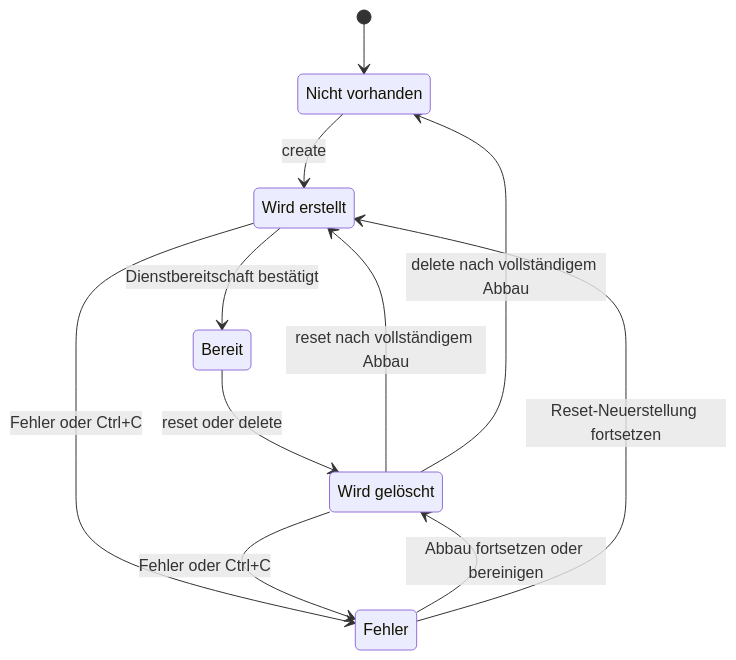
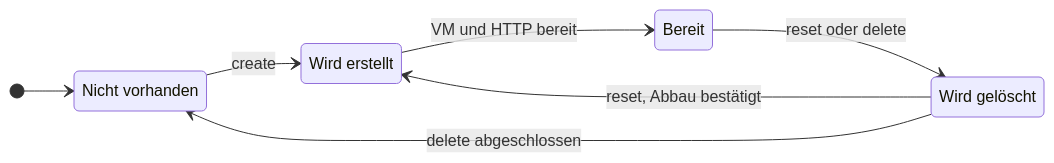
Before and after one commit to Cancani/diplomarbeit: the sixth of 7 diagrams in docs/dokumentation.md, drawn with Mermaid. The commit also changed other lines of this file, not shown here.

First line of the commit message:
docs(update): Normalablauf und Fehlerpfade getrennt darstellen

````diff
--- a/docs/dokumentation.md
+++ b/docs/dokumentation.md
@@ -1363,18 +1363,16 @@
 ```mermaid
 stateDiagram-v2
+    direction LR
+
     state "Nicht vorhanden" as absent
     state "Wird erstellt" as creating
     state "Bereit" as ready
     state "Wird gelöscht" as deleting
-    state "Fehler" as error
+
     [*] --> absent
     absent --> creating: create
-    creating --> ready: Dienstbereitschaft bestätigt
-    creating --> error: Fehler oder Ctrl+C
+    creating --> ready: VM und HTTP bereit
     ready --> deleting: reset oder delete
-    deleting --> creating: reset nach vollständigem Abbau
-    deleting --> absent: delete nach vollständigem Abbau
-    deleting --> error: Fehler oder Ctrl+C
-    error --> deleting: Abbau fortsetzen oder bereinigen
-    error --> creating: Reset-Neuerstellung fortsetzen
+    deleting --> absent: delete abgeschlossen
+    deleting --> creating: reset, Abbau bestätigt
 ```
````
